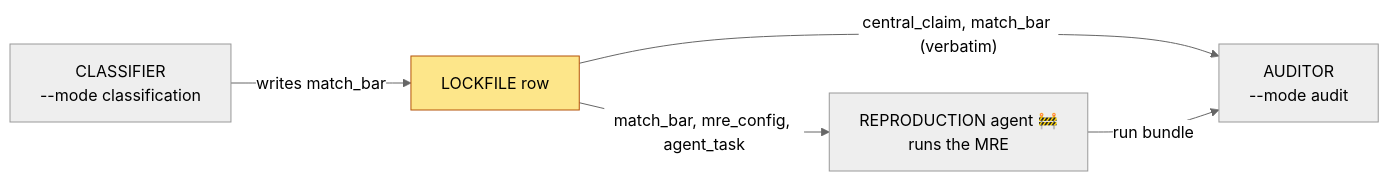
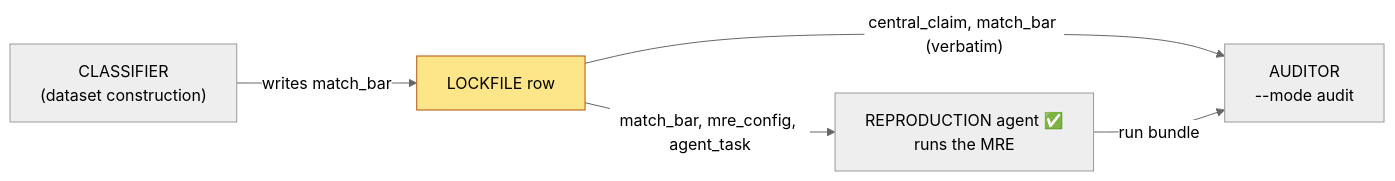
One commit to mithils3/reprocli changed the diagram in docs/selection/lockfile.md. Above: the diagram before and after it, drawn with Mermaid (neutral theme). The commit also changed other lines of this file and 14 other files, not shown here.

````diff
--- a/docs/selection/lockfile.md
+++ b/docs/selection/lockfile.md
@@ -77,8 +77,8 @@
 ```mermaid
 flowchart LR
   classDef lock fill:#fde68a,stroke:#b45309,color:#000;
-  CL["CLASSIFIER<br/>--mode classification"] -->|"writes match_bar"| L["LOCKFILE row"]:::lock
-  L -->|"match_bar, mre_config, agent_task"| RA["REPRODUCTION agent 🚧<br/>runs the MRE"]
+  CL["CLASSIFIER<br/>(dataset construction)"] -->|"writes match_bar"| L["LOCKFILE row"]:::lock
+  L -->|"match_bar, mre_config, agent_task"| RA["REPRODUCTION agent ✅<br/>runs the MRE"]
   L -->|"central_claim, match_bar (verbatim)"| AU["AUDITOR<br/>--mode audit"]
   RA -->|"run bundle"| AU
 ```
````
